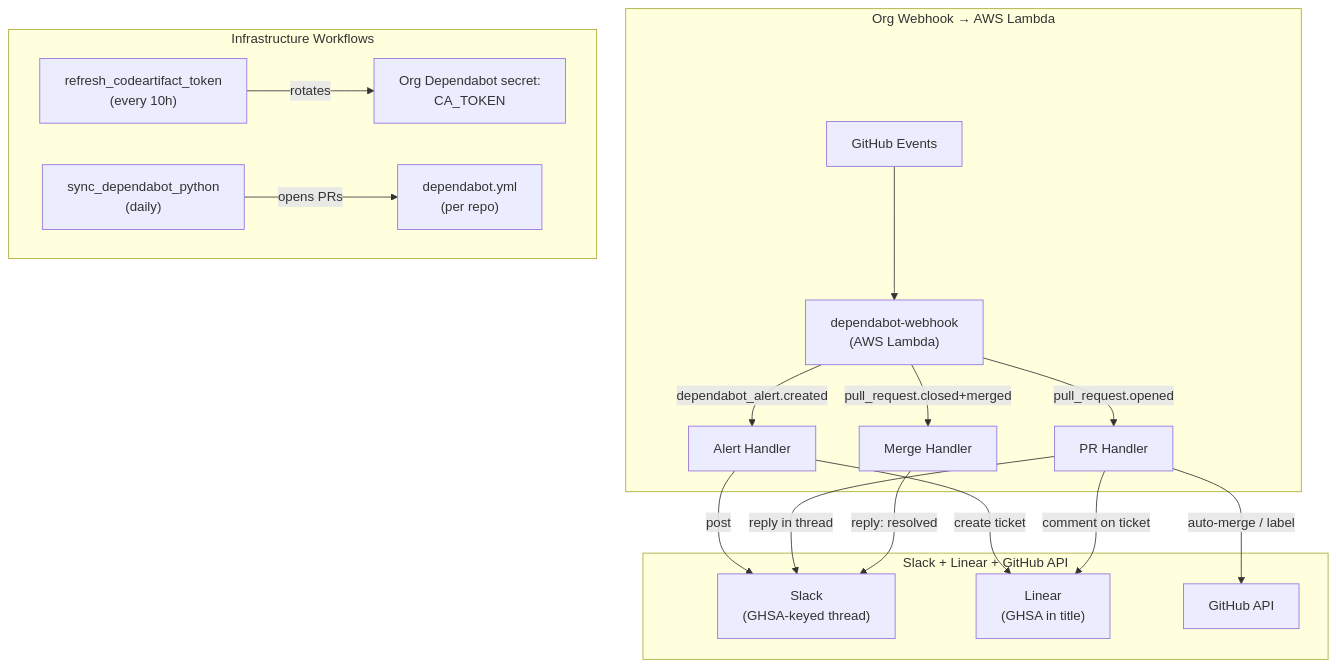
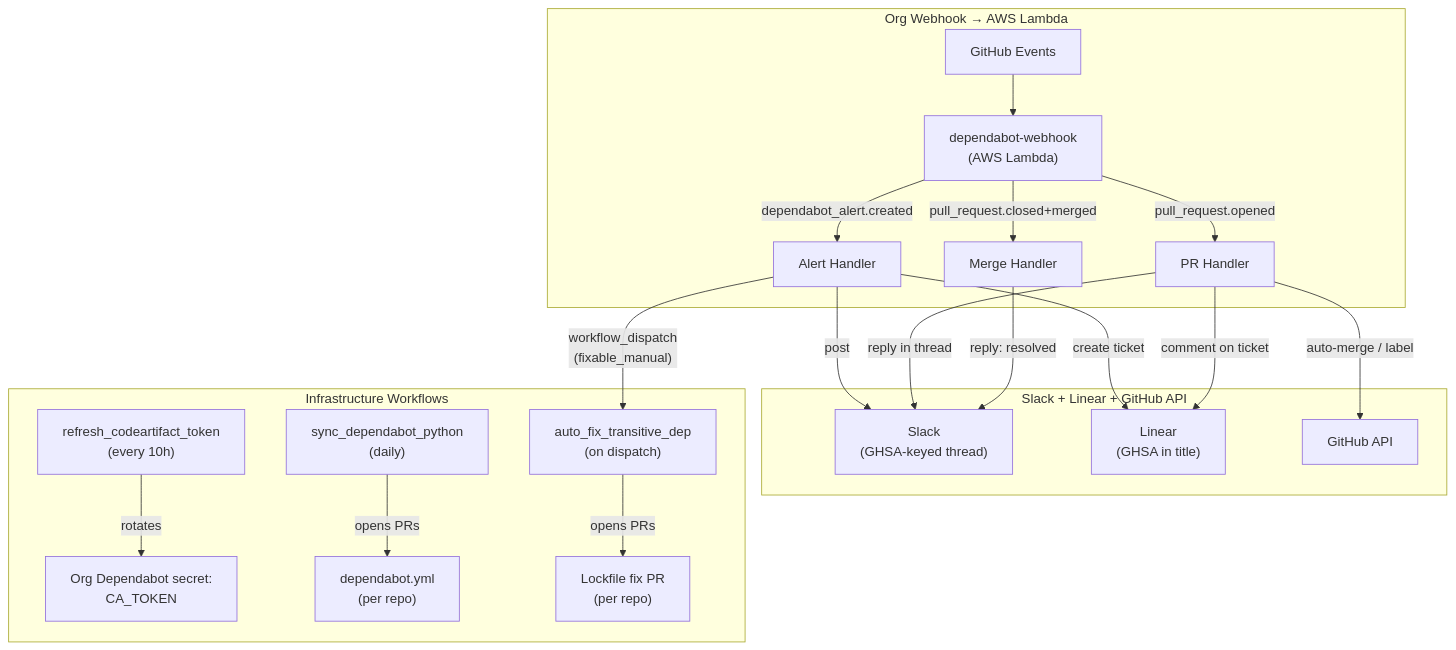
Before and after one commit to amera-apps/.github: the first of 6 diagrams in README.md, drawn with Mermaid. The commit also changed other lines of this file and 4 other files, not shown here.

First line of the commit message:
feat(ci): add auto-fix workflow for transitive dependency vulnerabilities

````diff
--- a/README.md
+++ b/README.md
@@ -10,23 +10,26 @@
 ```mermaid
 graph TD
     subgraph webhook ["Org Webhook → AWS Lambda"]
         GH["GitHub Events"] --> Lambda["dependabot-webhook\n(AWS Lambda)"]
         Lambda -->|"dependabot_alert.created"| AlertHandler[Alert Handler]
         Lambda -->|"pull_request.opened"| PRHandler[PR Handler]
         Lambda -->|"pull_request.closed+merged"| MergeHandler[Merge Handler]
     end
 
     subgraph actions ["Slack + Linear + GitHub API"]
         AlertHandler -->|"post"| Slack["Slack\n(GHSA-keyed thread)"]
         AlertHandler -->|"create ticket"| Linear["Linear\n(GHSA in title)"]
         PRHandler -->|"reply in thread"| Slack
         PRHandler -->|"comment on ticket"| Linear
         PRHandler -->|"auto-merge / label"| GitHubAPI[GitHub API]
         MergeHandler -->|"reply: resolved"| Slack
     end
 
     subgraph infra [Infrastructure Workflows]
         Refresh["refresh_codeartifact_token\n(every 10h)"] -->|"rotates"| CASecret["Org Dependabot secret:\nCA_TOKEN"]
         Sync["sync_dependabot_python\n(daily)"] -->|"opens PRs"| DYml["dependabot.yml\n(per repo)"]
+        AutoFix["auto_fix_transitive_dep\n(on dispatch)"] -->|"opens PRs"| FixPR["Lockfile fix PR\n(per repo)"]
     end
+
+    AlertHandler -->|"workflow_dispatch\n(fixable_manual)"| AutoFix
 ```
````
